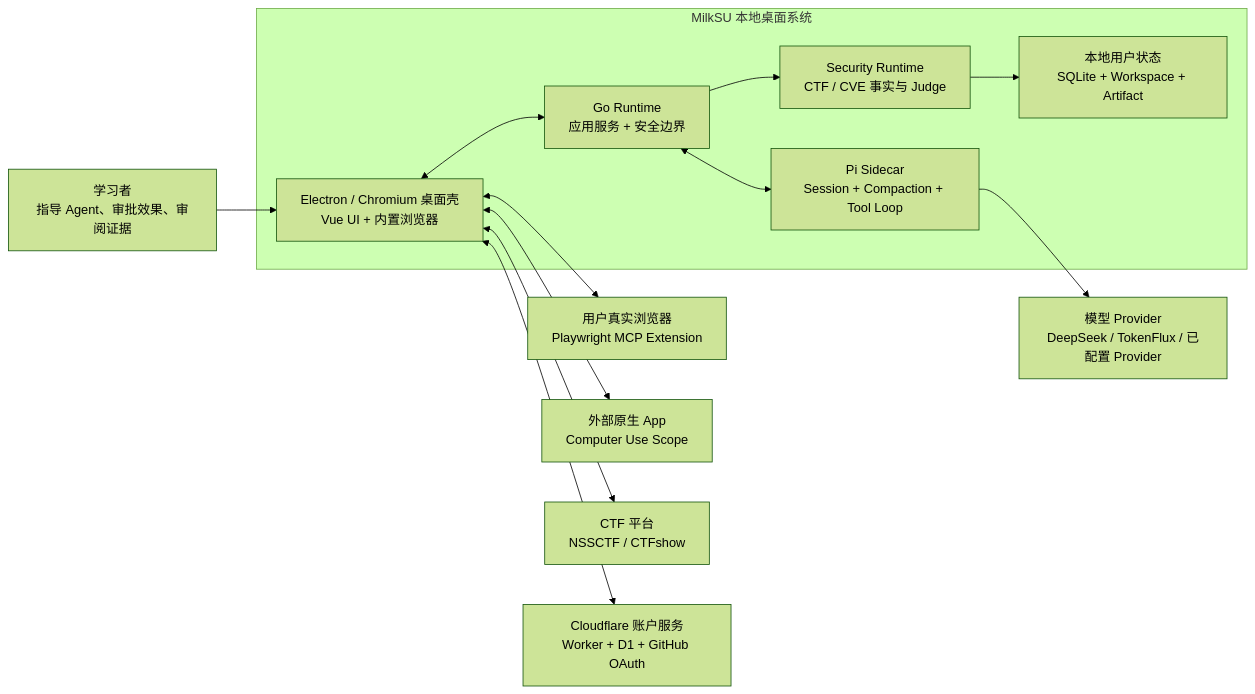
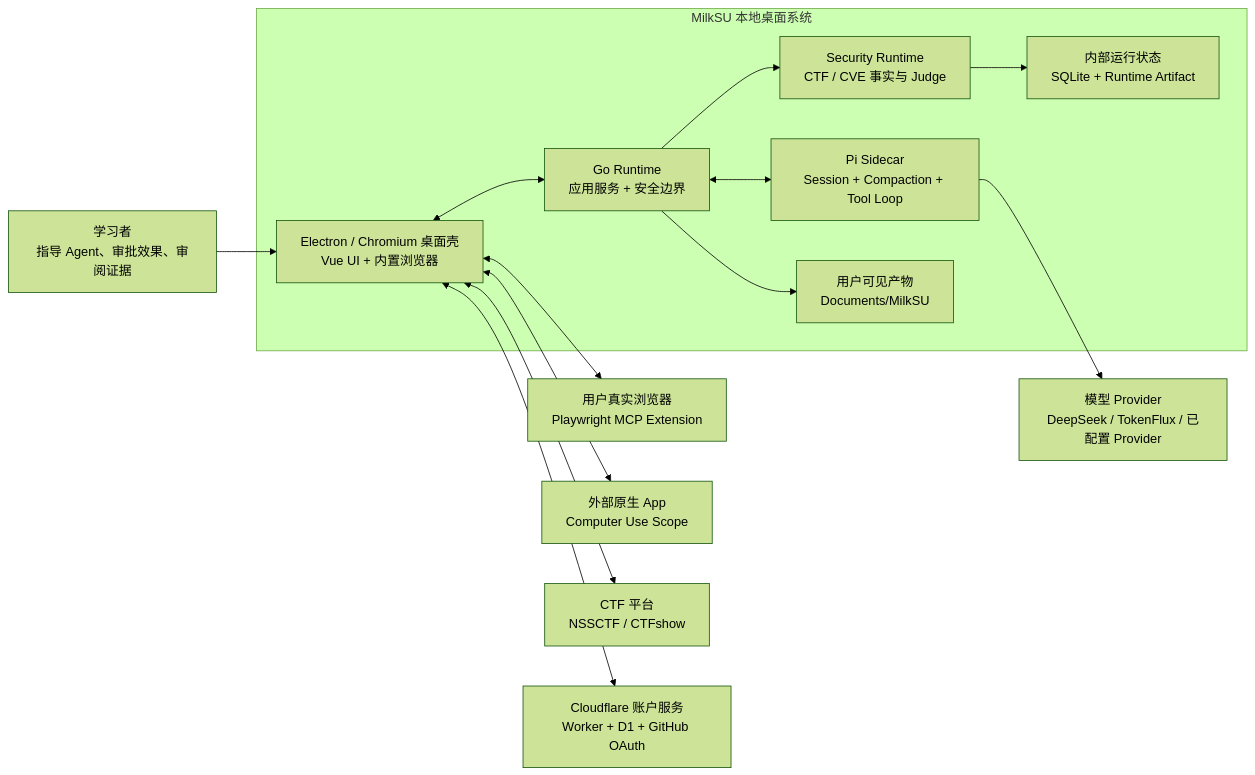
One commit to MilkSU-Official/milksu changed the first of 4 diagrams in docs/architecture/current-system.md. Above: the diagram before and after it, drawn with Mermaid (forest theme). The commit also changed other lines of this file and 3 other files, not shown here.

````diff
--- a/docs/architecture/current-system.md
+++ b/docs/architecture/current-system.md
@@ -12,27 +12,29 @@
 ```mermaid
 flowchart LR
     learner["学习者<br/>指导 Agent、审批效果、审阅证据"]
     provider["模型 Provider<br/>DeepSeek / TokenFlux / 已配置 Provider"]
     user_browser["用户真实浏览器<br/>Playwright MCP Extension"]
     native_apps["外部原生 App<br/>Computer Use Scope"]
     ctf_platforms["CTF 平台<br/>NSSCTF / CTFshow"]
     account_cloud["Cloudflare 账户服务<br/>Worker + D1 + GitHub OAuth"]
 
     subgraph milksu["MilkSU 本地桌面系统"]
         chromium["Electron / Chromium 桌面壳<br/>Vue UI + 内置浏览器"]
         go["Go Runtime<br/>应用服务 + 安全边界"]
         pi["Pi Sidecar<br/>Session + Compaction + Tool Loop"]
         security["Security Runtime<br/>CTF / CVE 事实与 Judge"]
-        local["本地用户状态<br/>SQLite + Workspace + Artifact"]
+        local["内部运行状态<br/>SQLite + Runtime Artifact"]
+        deliverables["用户可见产物<br/>Documents/MilkSU"]
     end
 
     learner --> chromium
     chromium <--> go
     go <--> pi
     pi --> provider
     go --> security --> local
+    go --> deliverables
     chromium <--> user_browser
     chromium <--> native_apps
     chromium <--> ctf_platforms
     chromium <--> account_cloud
 ```
````
